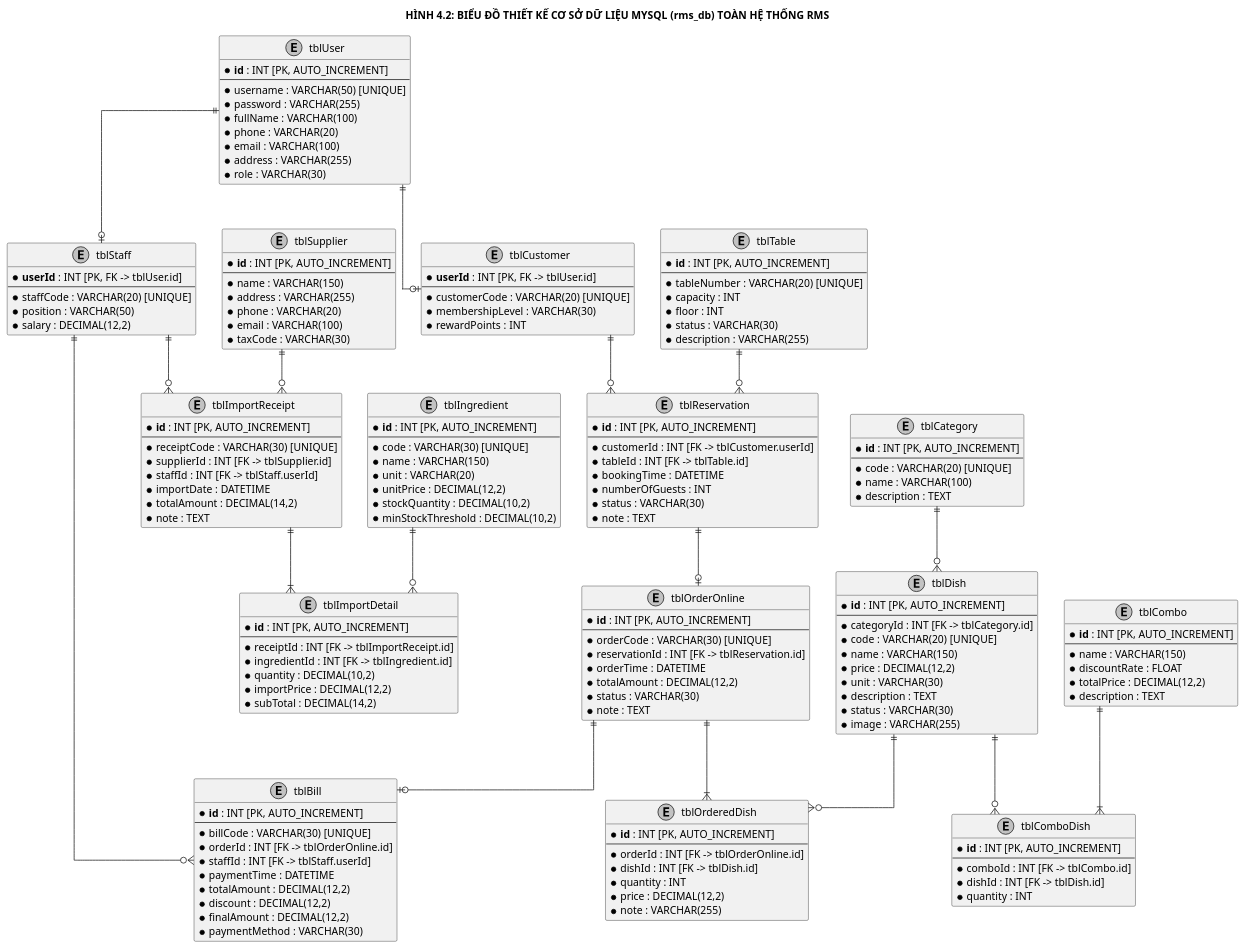
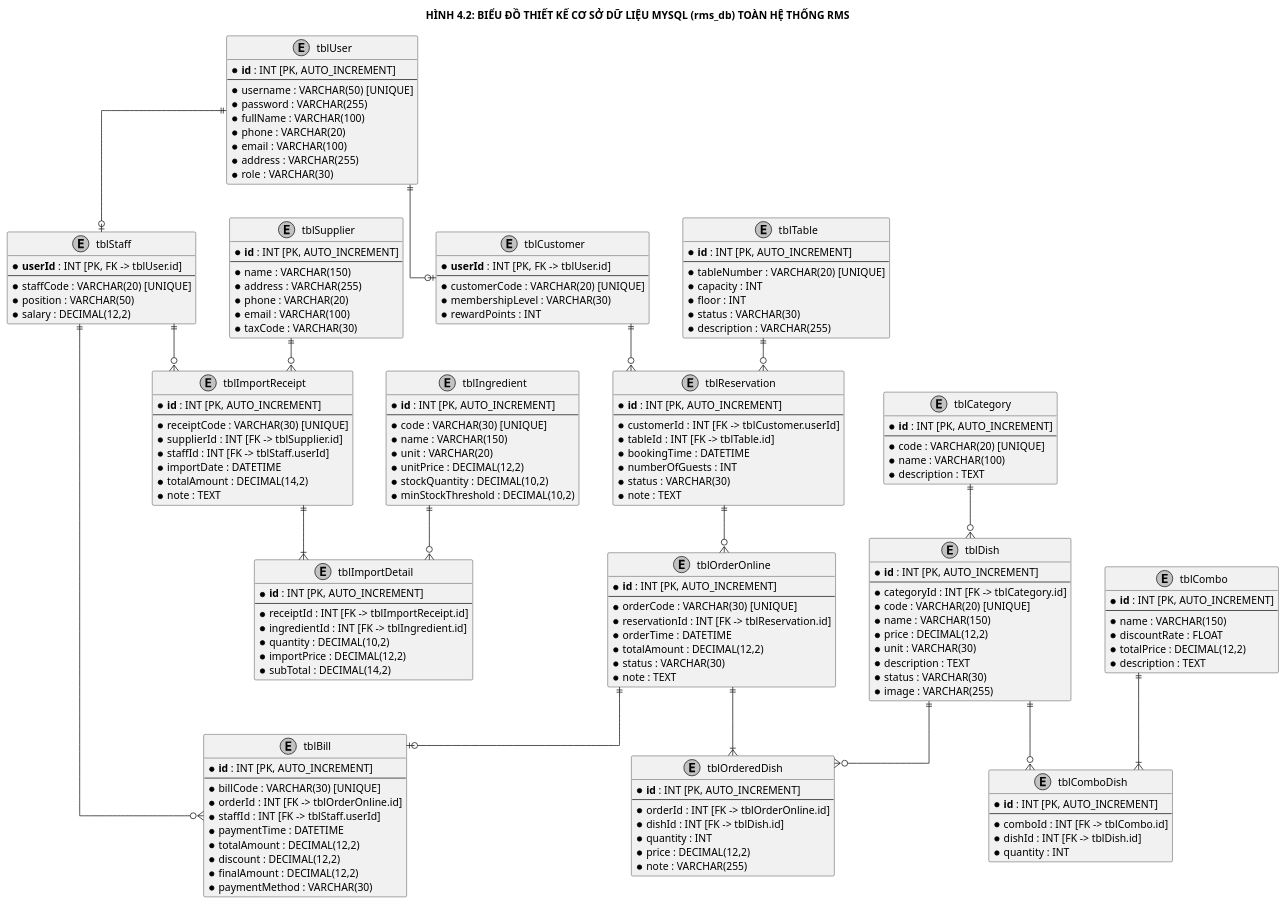
Before and after one commit to NEWBIE1005/RMS_RestaurantManagementSystem: the diagram in docs/plantuml/thiet_ke/Design_02_DatabaseDesign.puml, drawn with PlantUML. The commit also changed 38 other files, not shown here.

Commit message:
Optimize UML relationships, sequence numbering, and diagram layouts

```diff
--- a/docs/plantuml/thiet_ke/Design_02_DatabaseDesign.puml
+++ b/docs/plantuml/thiet_ke/Design_02_DatabaseDesign.puml
@@ -1,192 +1,194 @@
 @startuml Design_02_DatabaseDesign
 skinparam linetype ortho
 skinparam monochrome true
 skinparam shadowing false
 skinparam roundCorner 4
+skinparam nodesep 45
+skinparam ranksep 45
 
 title HÌNH 4.2: BIỂU ĐỒ THIẾT KẾ CƠ SỞ DỮ LIỆU MYSQL (rms_db) TOÀN HỆ THỐNG RMS
 
 entity "tblUser" as tblUser {
     * **id** : INT [PK, AUTO_INCREMENT]
     --
     * username : VARCHAR(50) [UNIQUE]
     * password : VARCHAR(255)
     * fullName : VARCHAR(100)
     * phone : VARCHAR(20)
     * email : VARCHAR(100)
     * address : VARCHAR(255)
     * role : VARCHAR(30)
 }
 
 entity "tblStaff" as tblStaff {
     * **userId** : INT [PK, FK -> tblUser.id]
     --
     * staffCode : VARCHAR(20) [UNIQUE]
     * position : VARCHAR(50)
     * salary : DECIMAL(12,2)
 }
 
 entity "tblCustomer" as tblCustomer {
     * **userId** : INT [PK, FK -> tblUser.id]
     --
     * customerCode : VARCHAR(20) [UNIQUE]
     * membershipLevel : VARCHAR(30)
     * rewardPoints : INT
 }
 
 entity "tblCategory" as tblCategory {
     * **id** : INT [PK, AUTO_INCREMENT]
     --
     * code : VARCHAR(20) [UNIQUE]
     * name : VARCHAR(100)
     * description : TEXT
 }
 
 entity "tblDish" as tblDish {
     * **id** : INT [PK, AUTO_INCREMENT]
     --
     * categoryId : INT [FK -> tblCategory.id]
     * code : VARCHAR(20) [UNIQUE]
     * name : VARCHAR(150)
     * price : DECIMAL(12,2)
     * unit : VARCHAR(30)
     * description : TEXT
     * status : VARCHAR(30)
     * image : VARCHAR(255)
 }
 
 entity "tblCombo" as tblCombo {
     * **id** : INT [PK, AUTO_INCREMENT]
     --
     * name : VARCHAR(150)
     * discountRate : FLOAT
     * totalPrice : DECIMAL(12,2)
     * description : TEXT
 }
 
 entity "tblComboDish" as tblComboDish {
     * **id** : INT [PK, AUTO_INCREMENT]
     --
     * comboId : INT [FK -> tblCombo.id]
     * dishId : INT [FK -> tblDish.id]
     * quantity : INT
 }
 
 entity "tblTable" as tblTable {
     * **id** : INT [PK, AUTO_INCREMENT]
     --
     * tableNumber : VARCHAR(20) [UNIQUE]
     * capacity : INT
     * floor : INT
     * status : VARCHAR(30)
     * description : VARCHAR(255)
 }
 
 entity "tblReservation" as tblReservation {
     * **id** : INT [PK, AUTO_INCREMENT]
     --
     * customerId : INT [FK -> tblCustomer.userId]
     * tableId : INT [FK -> tblTable.id]
     * bookingTime : DATETIME
     * numberOfGuests : INT
     * status : VARCHAR(30)
     * note : TEXT
 }
 
 entity "tblOrderOnline" as tblOrderOnline {
     * **id** : INT [PK, AUTO_INCREMENT]
     --
     * orderCode : VARCHAR(30) [UNIQUE]
     * reservationId : INT [FK -> tblReservation.id]
     * orderTime : DATETIME
     * totalAmount : DECIMAL(12,2)
     * status : VARCHAR(30)
     * note : TEXT
 }
 
 entity "tblOrderedDish" as tblOrderedDish {
     * **id** : INT [PK, AUTO_INCREMENT]
     --
     * orderId : INT [FK -> tblOrderOnline.id]
     * dishId : INT [FK -> tblDish.id]
     * quantity : INT
     * price : DECIMAL(12,2)
     * note : VARCHAR(255)
 }
 
 entity "tblBill" as tblBill {
     * **id** : INT [PK, AUTO_INCREMENT]
     --
     * billCode : VARCHAR(30) [UNIQUE]
     * orderId : INT [FK -> tblOrderOnline.id]
     * staffId : INT [FK -> tblStaff.userId]
     * paymentTime : DATETIME
     * totalAmount : DECIMAL(12,2)
     * discount : DECIMAL(12,2)
     * finalAmount : DECIMAL(12,2)
     * paymentMethod : VARCHAR(30)
 }
 
 entity "tblSupplier" as tblSupplier {
     * **id** : INT [PK, AUTO_INCREMENT]
     --
     * name : VARCHAR(150)
     * address : VARCHAR(255)
     * phone : VARCHAR(20)
     * email : VARCHAR(100)
     * taxCode : VARCHAR(30)
 }
 
 entity "tblIngredient" as tblIngredient {
     * **id** : INT [PK, AUTO_INCREMENT]
     --
     * code : VARCHAR(30) [UNIQUE]
     * name : VARCHAR(150)
     * unit : VARCHAR(20)
     * unitPrice : DECIMAL(12,2)
     * stockQuantity : DECIMAL(10,2)
     * minStockThreshold : DECIMAL(10,2)
 }
 
 entity "tblImportReceipt" as tblImportReceipt {
     * **id** : INT [PK, AUTO_INCREMENT]
     --
     * receiptCode : VARCHAR(30) [UNIQUE]
     * supplierId : INT [FK -> tblSupplier.id]
     * staffId : INT [FK -> tblStaff.userId]
     * importDate : DATETIME
     * totalAmount : DECIMAL(14,2)
     * note : TEXT
 }
 
 entity "tblImportDetail" as tblImportDetail {
     * **id** : INT [PK, AUTO_INCREMENT]
     --
     * receiptId : INT [FK -> tblImportReceipt.id]
     * ingredientId : INT [FK -> tblIngredient.id]
     * quantity : DECIMAL(10,2)
     * importPrice : DECIMAL(12,2)
     * subTotal : DECIMAL(14,2)
 }
 
 tblUser ||--o| tblStaff
 tblUser ||--o| tblCustomer
 tblCategory ||--o{ tblDish
 tblCombo ||--|{ tblComboDish
 tblDish ||--o{ tblComboDish
 
 tblCustomer ||--o{ tblReservation
 tblTable ||--o{ tblReservation
-tblReservation ||--o| tblOrderOnline
+tblReservation ||--o{ tblOrderOnline
 tblOrderOnline ||--|{ tblOrderedDish
 tblDish ||--o{ tblOrderedDish
 
 tblOrderOnline ||--o| tblBill
 tblStaff ||--o{ tblBill
 
 tblSupplier ||--o{ tblImportReceipt
 tblStaff ||--o{ tblImportReceipt
 tblImportReceipt ||--|{ tblImportDetail
 tblIngredient ||--o{ tblImportDetail
 
 @enduml
```
